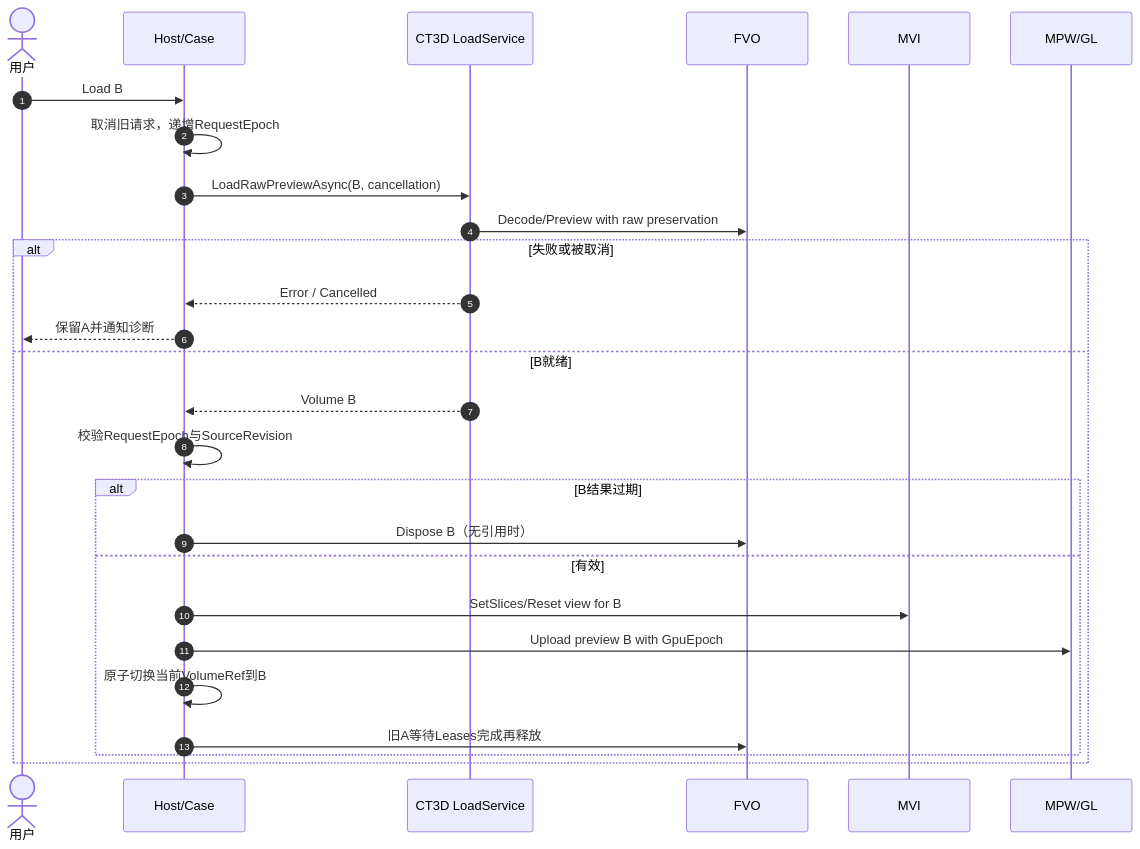
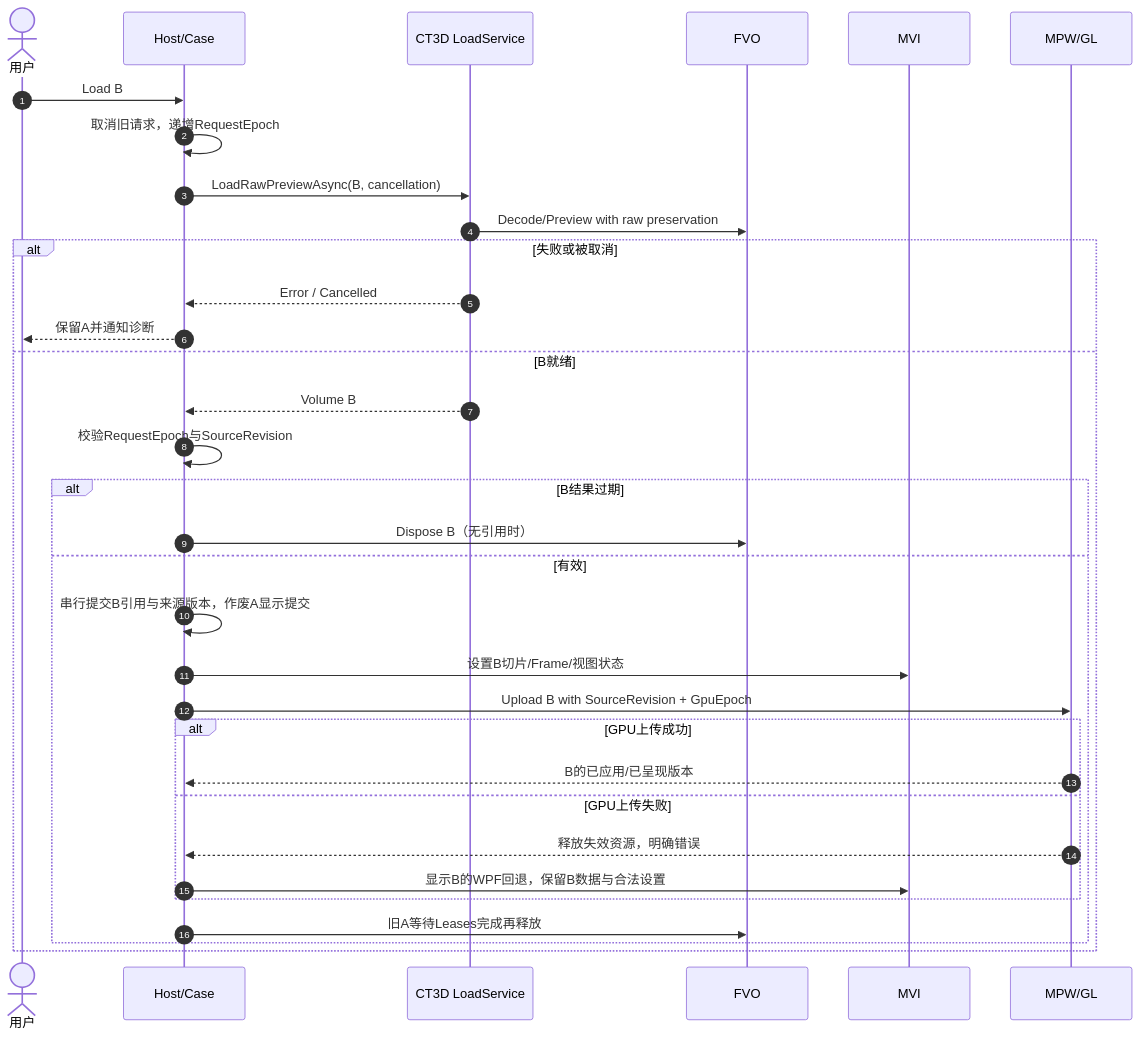
Diagram 17 of 25 in DOCS/Architecture/CxVisual_专业视觉体系#通用三维视觉工作台——整体架构与UML_V2.0.md (oudream/cx-visual-x3), drawn with Mermaid before and after one commit. The commit also changed other lines of this file and 1 other file, not shown here.

````diff
--- a/DOCS/Architecture/CxVisual_专业视觉体系#通用三维视觉工作台——整体架构与UML_V2.0.md
+++ b/DOCS/Architecture/CxVisual_专业视觉体系#通用三维视觉工作台——整体架构与UML_V2.0.md
@@ -758,29 +801,35 @@
 ```mermaid
 sequenceDiagram
  autonumber
  actor U as 用户
  participant H as Host/Case
  participant L as CT3D LoadService
  participant F as FVO
  participant M as MVI
  participant G as MPW/GL
  U->>H: Load B
  H->>H: 取消旧请求，递增RequestEpoch
  H->>L: LoadRawPreviewAsync(B, cancellation)
  L->>F: Decode/Preview with raw preservation
  alt 失败或被取消
    L-->>H: Error / Cancelled
    H-->>U: 保留A并通知诊断
  else B就绪
    L-->>H: Volume B
    H->>H: 校验RequestEpoch与SourceRevision
    alt B结果过期
      H->>F: Dispose B（无引用时）
    else 有效
-     H->>M: SetSlices/Reset view for B
-     H->>G: Upload preview B with GpuEpoch
-     H->>H: 原子切换当前VolumeRef到B
+      H->>H: 串行提交B引用与来源版本，作废A显示提交
+      H->>M: 设置B切片/Frame/视图状态
+      H->>G: Upload B with SourceRevision + GpuEpoch
+      alt GPU上传成功
+        G-->>H: B的已应用/已呈现版本
+      else GPU上传失败
+        G-->>H: 释放失效资源，明确错误
+        H->>M: 显示B的WPF回退，保留B数据与合法设置
+      end
      H->>F: 旧A等待Leases完成再释放
    end
  end
 ```
````
